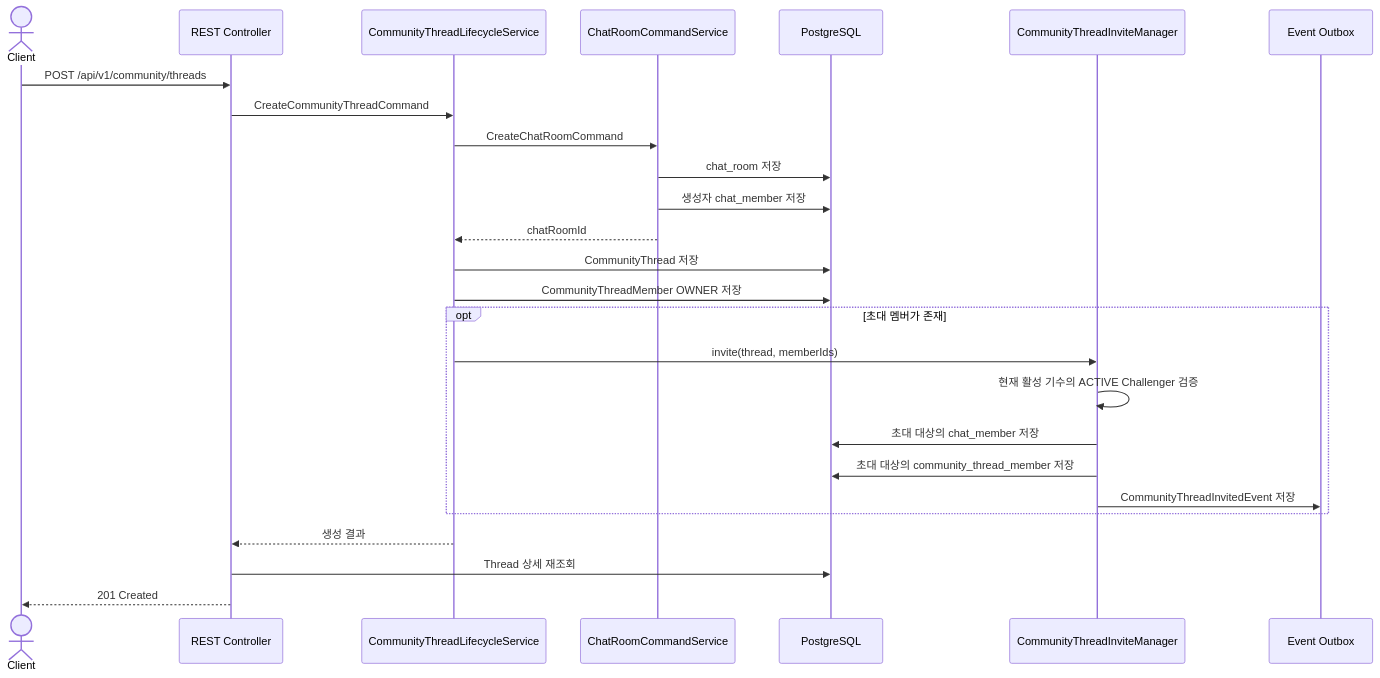
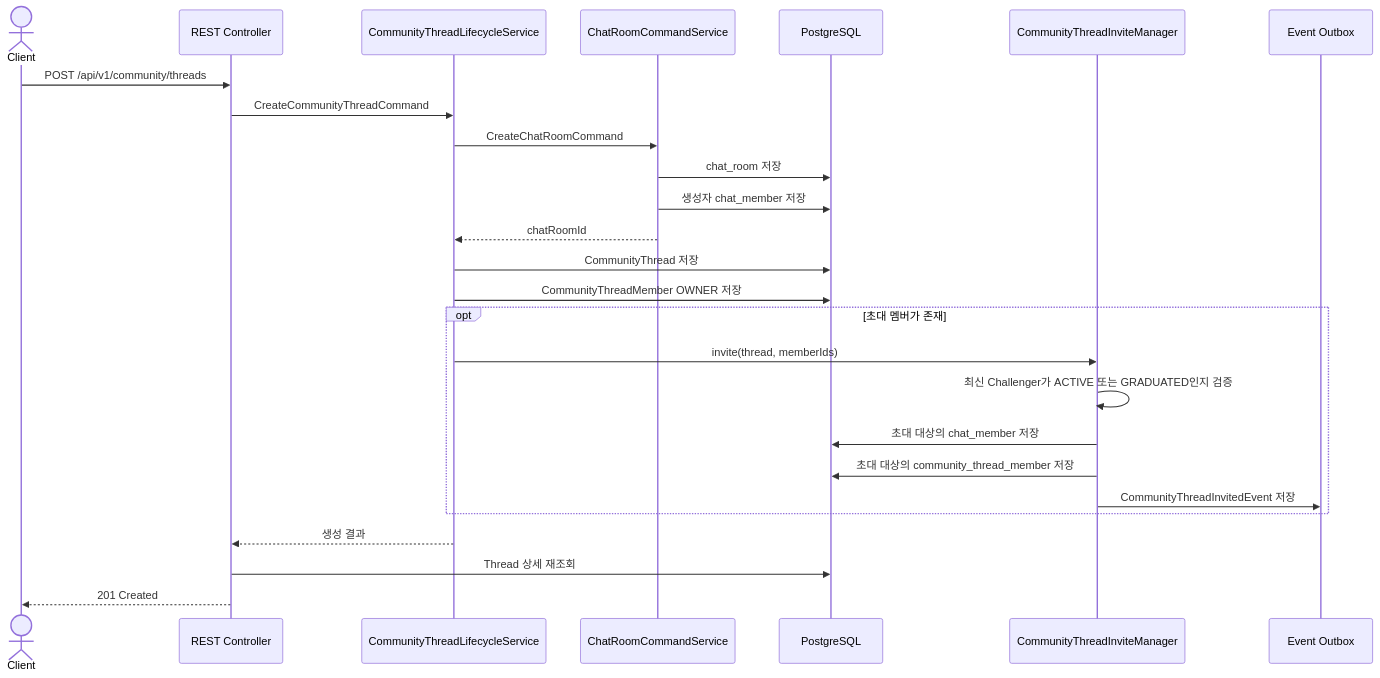
Before and after one commit to UMC-PRODUCT/cygnus-server: the second of 9 diagrams in docs/onboarding/community/community-thread-realtime-architecture.md, drawn with Mermaid. The commit also changed other lines of this file and 27 other files, not shown here.

````diff
--- a/docs/onboarding/community/community-thread-realtime-architecture.md
+++ b/docs/onboarding/community/community-thread-realtime-architecture.md
@@ -217,31 +217,31 @@
 ```mermaid
 sequenceDiagram
     actor C as Client
     participant R as REST Controller
     participant T as CommunityThreadLifecycleService
     participant CR as ChatRoomCommandService
     participant DB as PostgreSQL
     participant I as CommunityThreadInviteManager
     participant O as Event Outbox
 
     C->>R: POST /api/v1/community/threads
     R->>T: CreateCommunityThreadCommand
     T->>CR: CreateChatRoomCommand
     CR->>DB: chat_room 저장
     CR->>DB: 생성자 chat_member 저장
     CR-->>T: chatRoomId
     T->>DB: CommunityThread 저장
     T->>DB: CommunityThreadMember OWNER 저장
 
     opt 초대 멤버가 존재
         T->>I: invite(thread, memberIds)
-        I->>I: 현재 활성 기수의 ACTIVE Challenger 검증
+        I->>I: 최신 Challenger가 ACTIVE 또는 GRADUATED인지 검증
         I->>DB: 초대 대상의 chat_member 저장
         I->>DB: 초대 대상의 community_thread_member 저장
         I->>O: CommunityThreadInvitedEvent 저장
     end
 
     T-->>R: 생성 결과
     R->>DB: Thread 상세 재조회
     R-->>C: 201 Created
 ```
````
